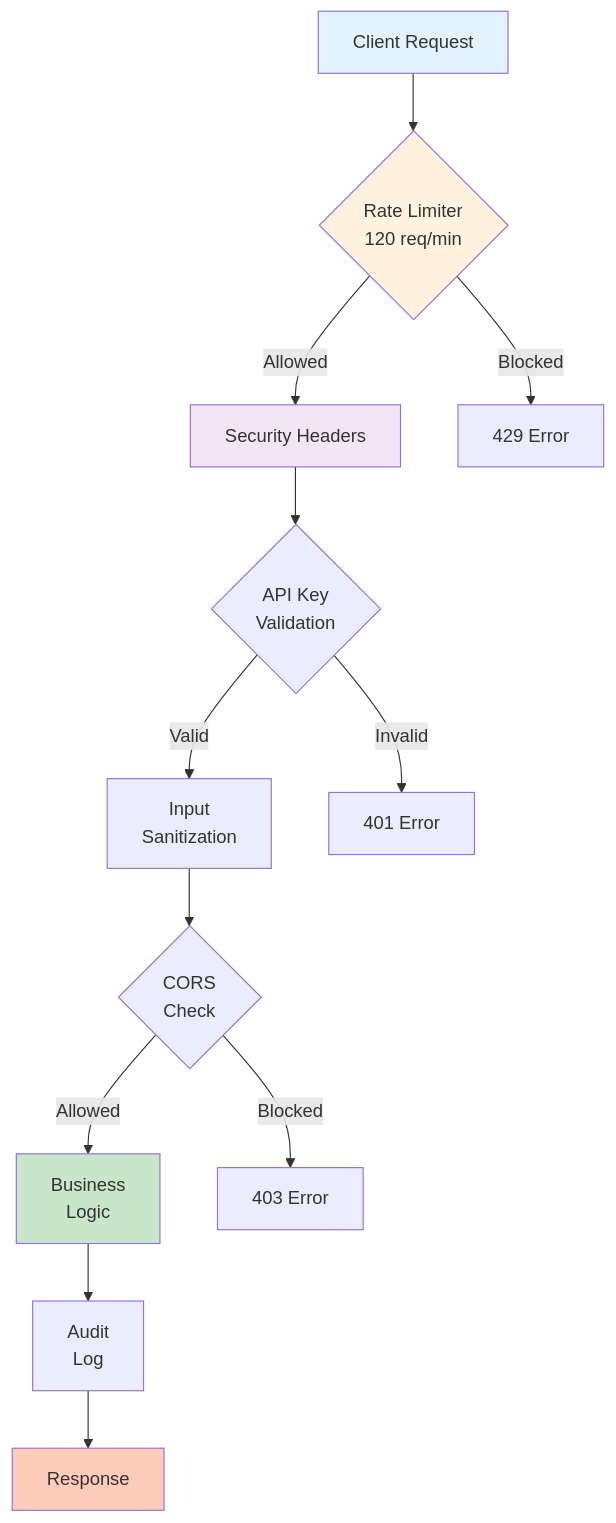
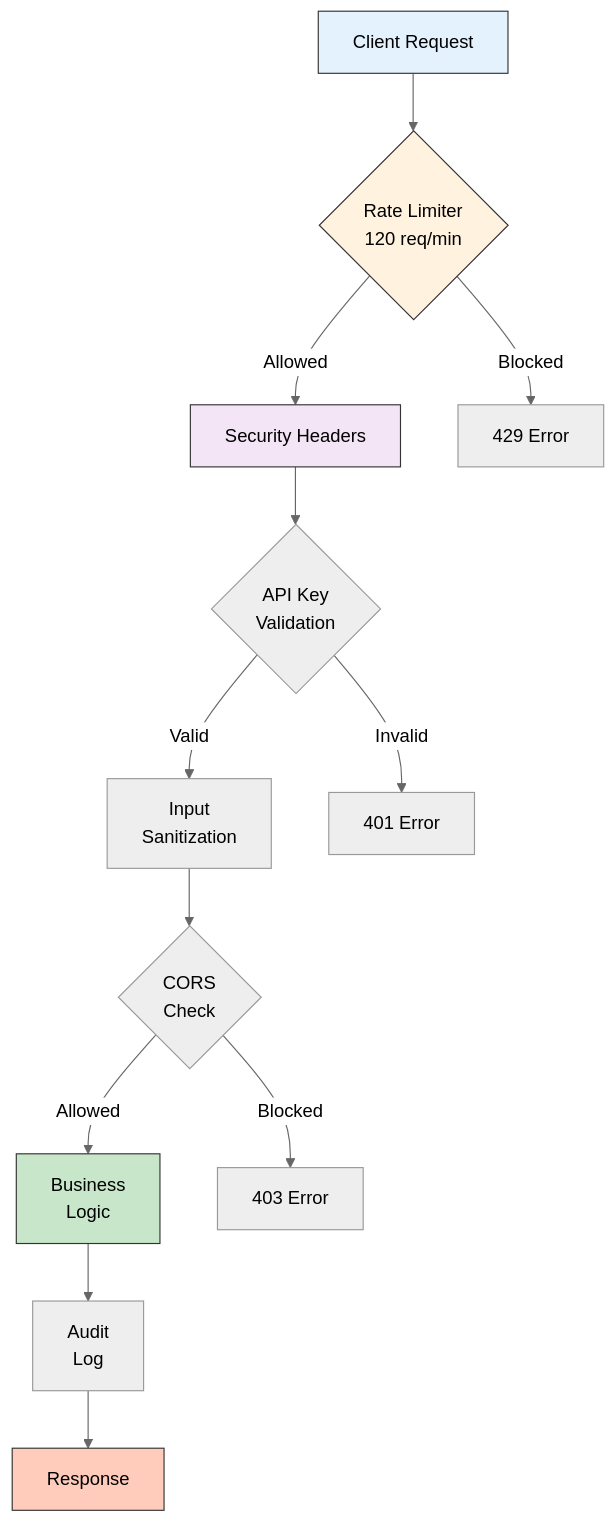
Diagram 12 of 14 in README.md (sumith1309/Project_Sahara_Sense), drawn with Mermaid before and after one commit. The commit also changed other lines of this file, not shown here.

Commit message:
docs: Enhance Mermaid diagrams visibility with neutral theme

````diff
--- a/README.md
+++ b/README.md
@@ -751,23 +762,24 @@
 ```mermaid
+%%{init: {'theme': 'neutral'}}%%
 graph TB
     A[Client Request] --> B{Rate Limiter<br/>120 req/min}
     B -->|Allowed| C[Security Headers]
     B -->|Blocked| Z[429 Error]
     
     C --> D{API Key<br/>Validation}
     D -->|Valid| E[Input<br/>Sanitization]
     D -->|Invalid| Y[401 Error]
     
     E --> F{CORS<br/>Check}
     F -->|Allowed| G[Business<br/>Logic]
     F -->|Blocked| X[403 Error]
     
     G --> H[Audit<br/>Log]
     H --> I[Response]
     
-    style A fill:#e3f2fd
-    style B fill:#fff3e0
-    style C fill:#f3e5f5
-    style G fill:#c8e6c9
-    style I fill:#ffccbc
+    style A fill:#e3f2fd,stroke:#333,color:#000
+    style B fill:#fff3e0,stroke:#333,color:#000
+    style C fill:#f3e5f5,stroke:#333,color:#000
+    style G fill:#c8e6c9,stroke:#333,color:#000
+    style I fill:#ffccbc,stroke:#333,color:#000
 ```
````
